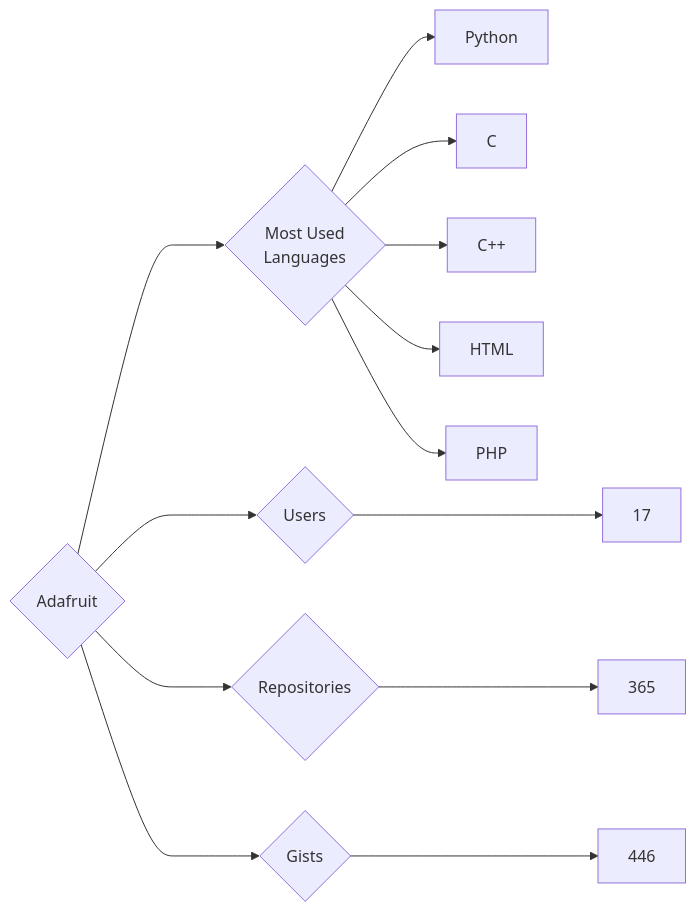
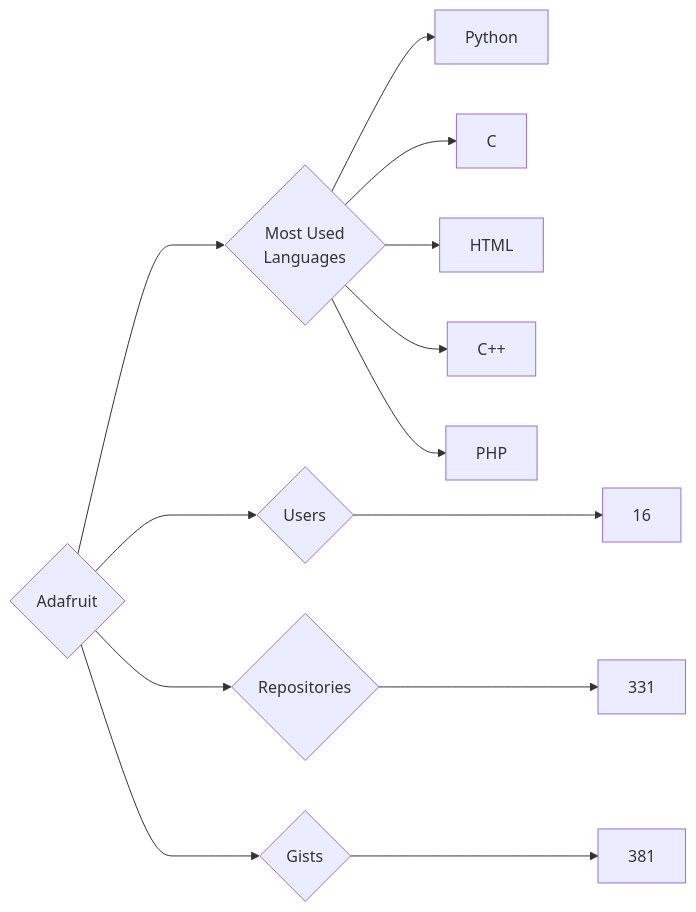
The diagram in targets/Adafruit/README.md (trickest/insiders), drawn with Mermaid before and after one commit. The commit also changed 899 other files, not shown here.

````diff
--- a/targets/Adafruit/README.md
+++ b/targets/Adafruit/README.md
@@ -3,13 +3,13 @@
 ```mermaid
 graph LR
 COMPANY_NAME{Adafruit}
-COMPANY_NAME ---> U{Users} ---> UN[17]
-COMPANY_NAME ---> R{Repositories} ---> RN[365]
-COMPANY_NAME ---> G{Gists} ---> GN[446]
+COMPANY_NAME ---> U{Users} ---> UN[16]
+COMPANY_NAME ---> R{Repositories} ---> RN[331]
+COMPANY_NAME ---> G{Gists} ---> GN[381]
 COMPANY_NAME ---> ML{Most Used<br>Languages}
 ML --> Python[Python]
 ML --> C[C]
+ML --> HTML[HTML]
 ML --> C++[C++]
-ML --> HTML[HTML]
 ML --> PHP[PHP]
 ```
````
